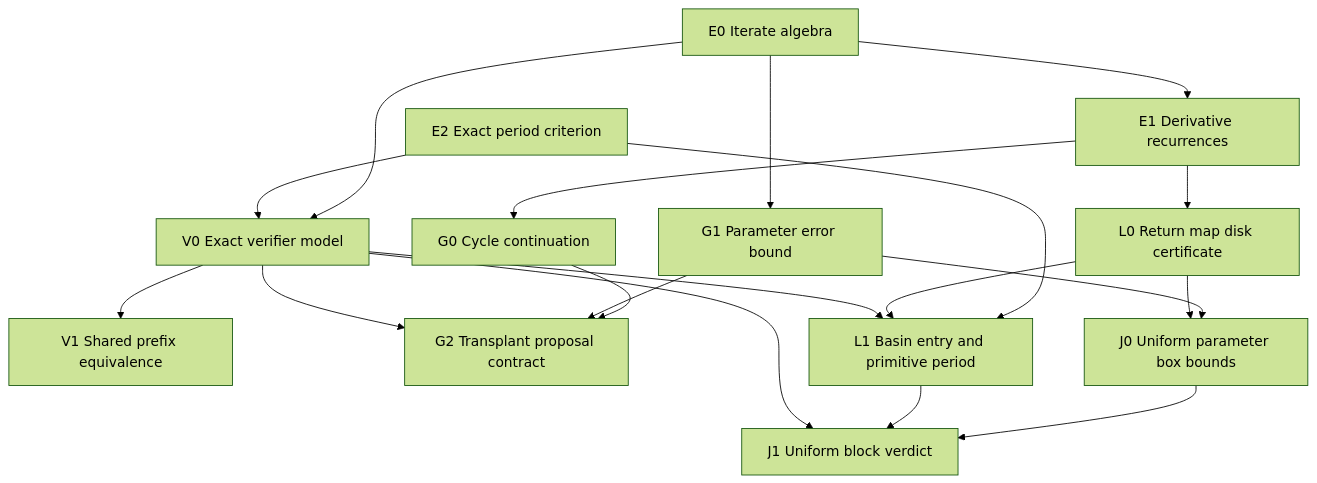
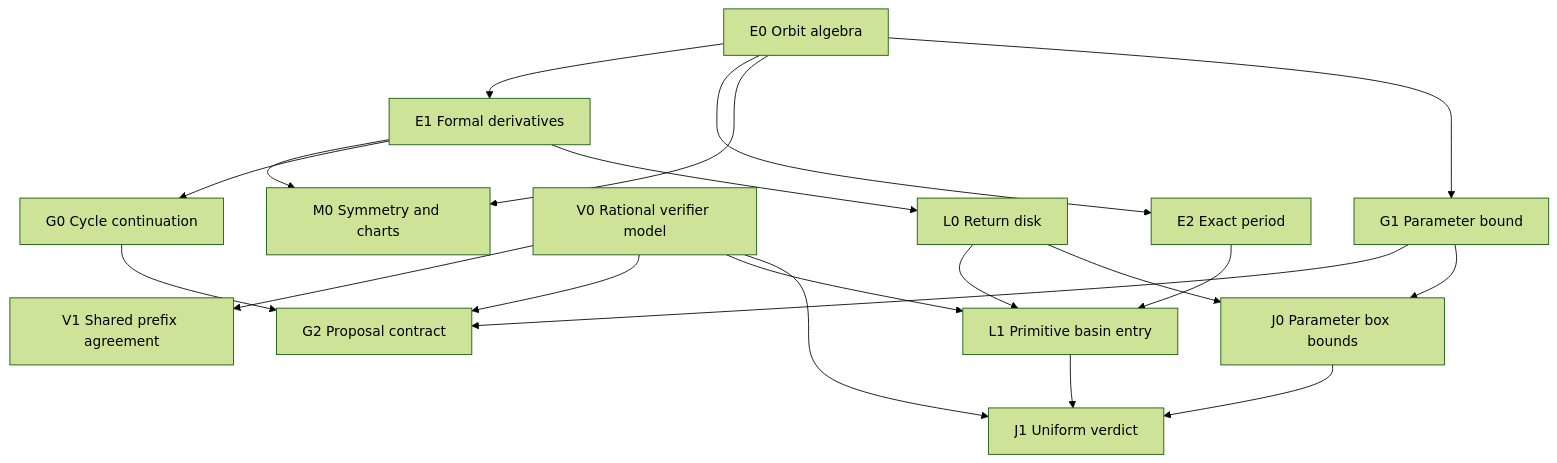
The diagram in docs/verification/LEAN-PROOF-DAG.md (Aaron-Fine/int-M-), drawn with Mermaid (forest theme) before and after one commit. The commit also changed other lines of this file and 8 other files, not shown here.

Commit message:
Prove orbit derivatives, symmetry, and shared verifier decisions

````diff
--- a/docs/verification/LEAN-PROOF-DAG.md
+++ b/docs/verification/LEAN-PROOF-DAG.md
@@ -10,22 +7,23 @@
 ```mermaid
 flowchart TD
-  E0["E0 Iterate algebra"] --> E1["E1 Derivative recurrences"]
-  E2["E2 Exact period criterion"]
-  E0 --> V0["V0 Exact verifier model"]
-  E2 --> V0
-  V0 --> V1["V1 Shared prefix equivalence"]
+  E0["E0 Orbit algebra"] --> E1["E1 Formal derivatives"]
+  E0 --> E2["E2 Exact period"]
+  E0 --> M0["M0 Symmetry and charts"]
+  E1 --> M0
+  V0["V0 Rational verifier model"]
+  V0 --> V1["V1 Shared prefix agreement"]
   E1 --> G0["G0 Cycle continuation"]
-  E0 --> G1["G1 Parameter error bound"]
-  G0 --> G2["G2 Transplant proposal contract"]
+  E0 --> G1["G1 Parameter bound"]
+  G0 --> G2["G2 Proposal contract"]
   G1 --> G2
   V0 --> G2
-  E1 --> L0["L0 Return map disk certificate"]
-  E2 --> L1["L1 Basin entry and primitive period"]
+  E1 --> L0["L0 Return disk"]
+  E2 --> L1["L1 Primitive basin entry"]
   L0 --> L1
   V0 --> L1
-  G1 --> J0["J0 Uniform parameter box bounds"]
+  G1 --> J0["J0 Parameter box bounds"]
   L0 --> J0
-  J0 --> J1["J1 Uniform block verdict"]
+  J0 --> J1["J1 Uniform verdict"]
   L1 --> J1
   V0 --> J1
 ```
````
